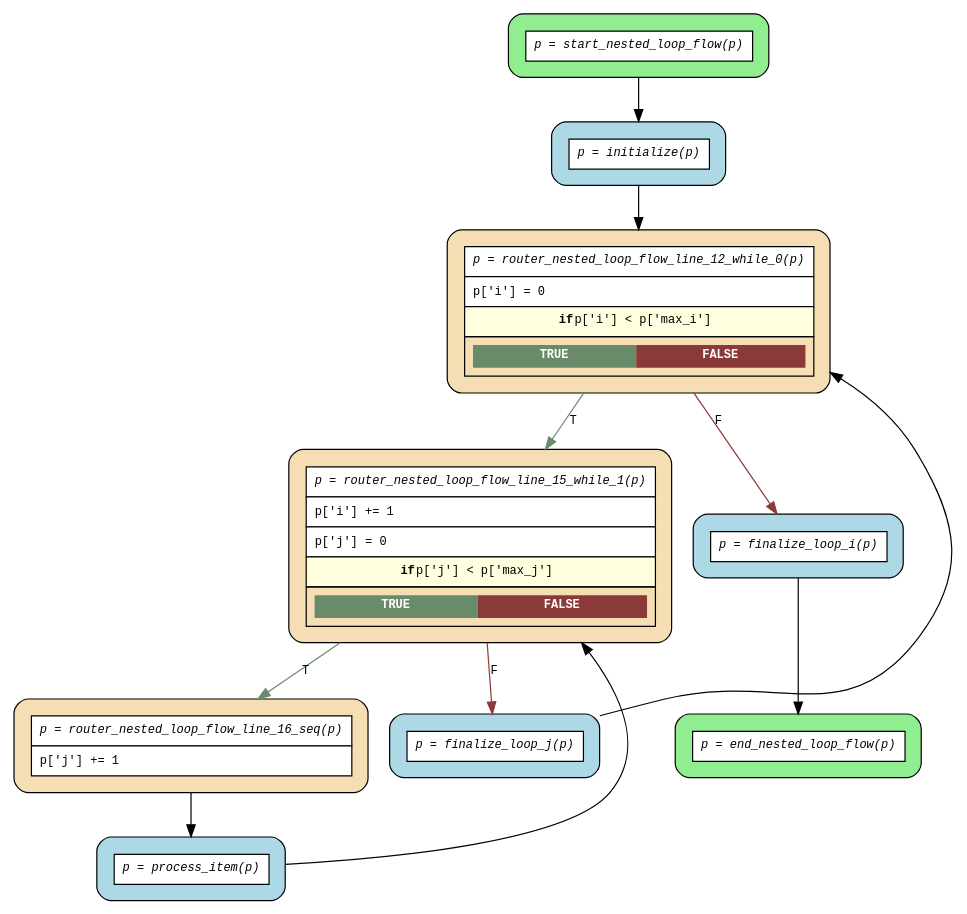
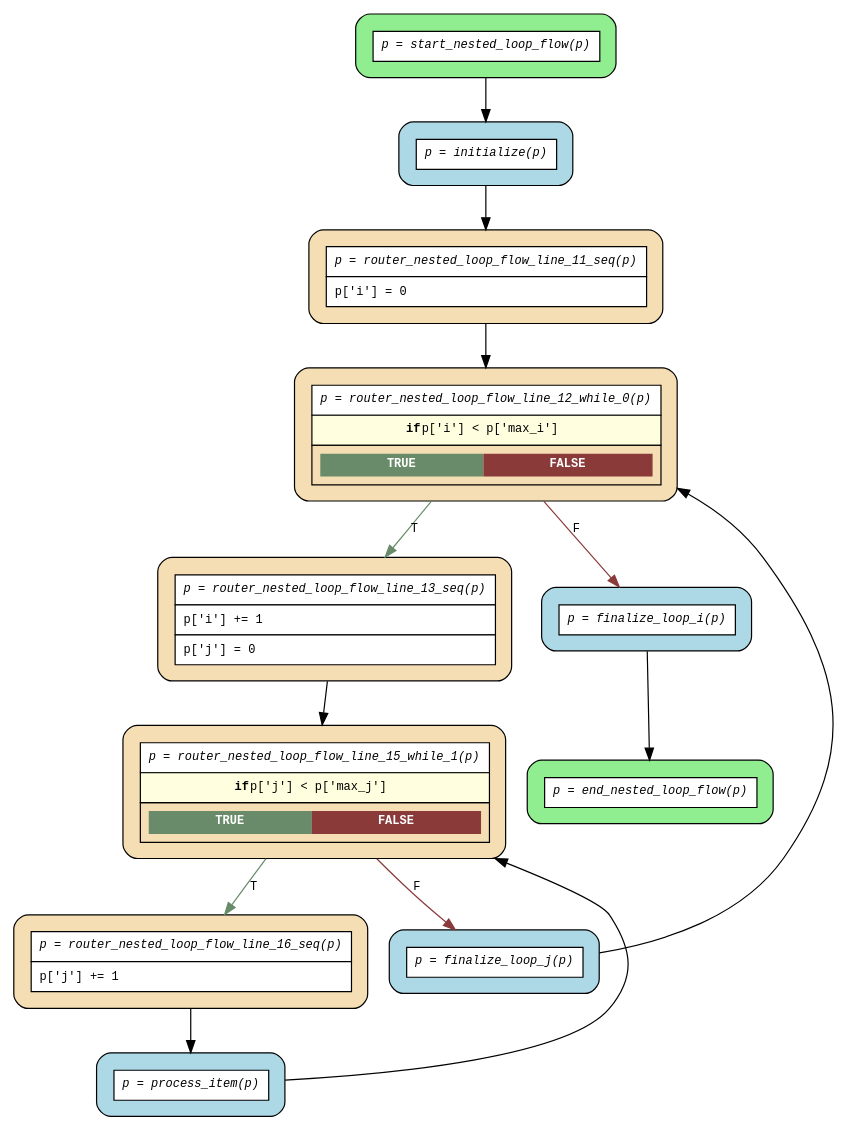
The diagram in examples/flows/compiled/while_nested_loop/flow.dot (deliveryhero/asya), drawn with Graphviz before and after one commit. The commit also changed 31 other files, not shown here.

```diff
--- a/examples/flows/compiled/while_nested_loop/flow.dot
+++ b/examples/flows/compiled/while_nested_loop/flow.dot
@@ -1,27 +1,31 @@
 digraph flow {
   rankdir=TB;
   graph [fontname="Courier", fontsize=10];
   node [fontname="Courier", fontsize=10, shape=box, style="filled,rounded", margin="0.2"];
   edge [fontname="Courier", fontsize=10];
 
   start_nested_loop_flow [fillcolor="lightgreen", label=<<table border="0" cellspacing="0" cellpadding="6" cellborder="1"><tr><td bgcolor="white" align="center"><i>p = start_nested_loop_flow(p)</i></td></tr></table>>];
   router_nested_loop_flow_line_16_seq [fillcolor="wheat", label=<<table border="0" cellspacing="0" cellpadding="6" cellborder="1"><tr><td bgcolor="white" align="center"><i>p = router_nested_loop_flow_line_16_seq(p)</i></td></tr><tr><td bgcolor="white" align="left">p['j'] += 1</td></tr></table>>];
-  router_nested_loop_flow_line_15_while_1 [fillcolor="wheat", label=<<table border="0" cellspacing="0" cellpadding="6" cellborder="1"><tr><td bgcolor="white" align="center"><i>p = router_nested_loop_flow_line_15_while_1(p)</i></td></tr><tr><td bgcolor="white" align="left">p['i'] += 1</td></tr><tr><td bgcolor="white" align="left">p['j'] = 0</td></tr><tr><td bgcolor="lightyellow"><b>if</b> p['j'] &lt; p['max_j']</td></tr><tr><td><table border="0" cellspacing="0" cellpadding="4"><tr><td bgcolor="darkseagreen4"><font color="white"><b>TRUE</b></font></td><td bgcolor="indianred4"><font color="white"><b>FALSE</b></font></td></tr></table></td></tr></table>>];
-  router_nested_loop_flow_line_12_while_0 [fillcolor="wheat", label=<<table border="0" cellspacing="0" cellpadding="6" cellborder="1"><tr><td bgcolor="white" align="center"><i>p = router_nested_loop_flow_line_12_while_0(p)</i></td></tr><tr><td bgcolor="white" align="left">p['i'] = 0</td></tr><tr><td bgcolor="lightyellow"><b>if</b> p['i'] &lt; p['max_i']</td></tr><tr><td><table border="0" cellspacing="0" cellpadding="4"><tr><td bgcolor="darkseagreen4"><font color="white"><b>TRUE</b></font></td><td bgcolor="indianred4"><font color="white"><b>FALSE</b></font></td></tr></table></td></tr></table>>];
+  router_nested_loop_flow_line_15_while_1 [fillcolor="wheat", label=<<table border="0" cellspacing="0" cellpadding="6" cellborder="1"><tr><td bgcolor="white" align="center"><i>p = router_nested_loop_flow_line_15_while_1(p)</i></td></tr><tr><td bgcolor="lightyellow"><b>if</b> p['j'] &lt; p['max_j']</td></tr><tr><td><table border="0" cellspacing="0" cellpadding="4"><tr><td bgcolor="darkseagreen4"><font color="white"><b>TRUE</b></font></td><td bgcolor="indianred4"><font color="white"><b>FALSE</b></font></td></tr></table></td></tr></table>>];
+  router_nested_loop_flow_line_13_seq [fillcolor="wheat", label=<<table border="0" cellspacing="0" cellpadding="6" cellborder="1"><tr><td bgcolor="white" align="center"><i>p = router_nested_loop_flow_line_13_seq(p)</i></td></tr><tr><td bgcolor="white" align="left">p['i'] += 1</td></tr><tr><td bgcolor="white" align="left">p['j'] = 0</td></tr></table>>];
+  router_nested_loop_flow_line_12_while_0 [fillcolor="wheat", label=<<table border="0" cellspacing="0" cellpadding="6" cellborder="1"><tr><td bgcolor="white" align="center"><i>p = router_nested_loop_flow_line_12_while_0(p)</i></td></tr><tr><td bgcolor="lightyellow"><b>if</b> p['i'] &lt; p['max_i']</td></tr><tr><td><table border="0" cellspacing="0" cellpadding="4"><tr><td bgcolor="darkseagreen4"><font color="white"><b>TRUE</b></font></td><td bgcolor="indianred4"><font color="white"><b>FALSE</b></font></td></tr></table></td></tr></table>>];
+  router_nested_loop_flow_line_11_seq [fillcolor="wheat", label=<<table border="0" cellspacing="0" cellpadding="6" cellborder="1"><tr><td bgcolor="white" align="center"><i>p = router_nested_loop_flow_line_11_seq(p)</i></td></tr><tr><td bgcolor="white" align="left">p['i'] = 0</td></tr></table>>];
   end_nested_loop_flow [fillcolor="lightgreen", label=<<table border="0" cellspacing="0" cellpadding="6" cellborder="1"><tr><td bgcolor="white" align="center"><i>p = end_nested_loop_flow(p)</i></td></tr></table>>];
   finalize_loop_i [fillcolor="lightblue", label=<<table border="0" cellspacing="0" cellpadding="6" cellborder="1"><tr><td bgcolor="white" align="center"><i>p = finalize_loop_i(p)</i></td></tr></table>>];
   finalize_loop_j [fillcolor="lightblue", label=<<table border="0" cellspacing="0" cellpadding="6" cellborder="1"><tr><td bgcolor="white" align="center"><i>p = finalize_loop_j(p)</i></td></tr></table>>];
   initialize [fillcolor="lightblue", label=<<table border="0" cellspacing="0" cellpadding="6" cellborder="1"><tr><td bgcolor="white" align="center"><i>p = initialize(p)</i></td></tr></table>>];
   process_item [fillcolor="lightblue", label=<<table border="0" cellspacing="0" cellpadding="6" cellborder="1"><tr><td bgcolor="white" align="center"><i>p = process_item(p)</i></td></tr></table>>];
 
   finalize_loop_i -> end_nested_loop_flow;
   finalize_loop_j -> router_nested_loop_flow_line_12_while_0 [constraint=false];
-  initialize -> router_nested_loop_flow_line_12_while_0;
+  initialize -> router_nested_loop_flow_line_11_seq;
   process_item -> router_nested_loop_flow_line_15_while_1 [constraint=false];
+  router_nested_loop_flow_line_11_seq -> router_nested_loop_flow_line_12_while_0;
   router_nested_loop_flow_line_12_while_0 -> finalize_loop_i [label="F", color=indianred4];
-  router_nested_loop_flow_line_12_while_0 -> router_nested_loop_flow_line_15_while_1 [label="T", color=darkseagreen4];
+  router_nested_loop_flow_line_12_while_0 -> router_nested_loop_flow_line_13_seq [label="T", color=darkseagreen4];
+  router_nested_loop_flow_line_13_seq -> router_nested_loop_flow_line_15_while_1;
   router_nested_loop_flow_line_15_while_1 -> finalize_loop_j [label="F", color=indianred4];
   router_nested_loop_flow_line_15_while_1 -> router_nested_loop_flow_line_16_seq [label="T", color=darkseagreen4];
   router_nested_loop_flow_line_16_seq -> process_item;
   start_nested_loop_flow -> initialize;
 }
```
